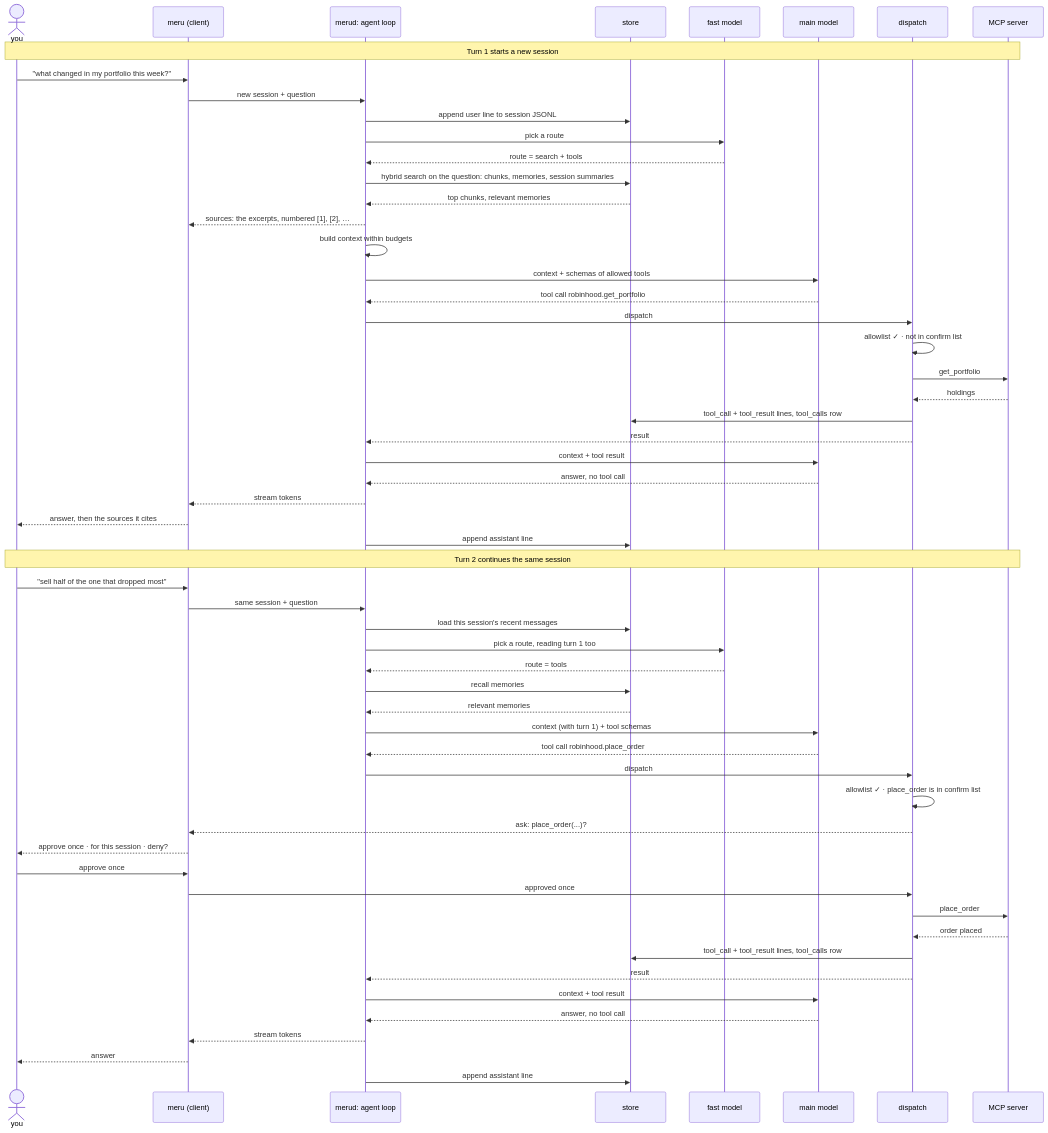
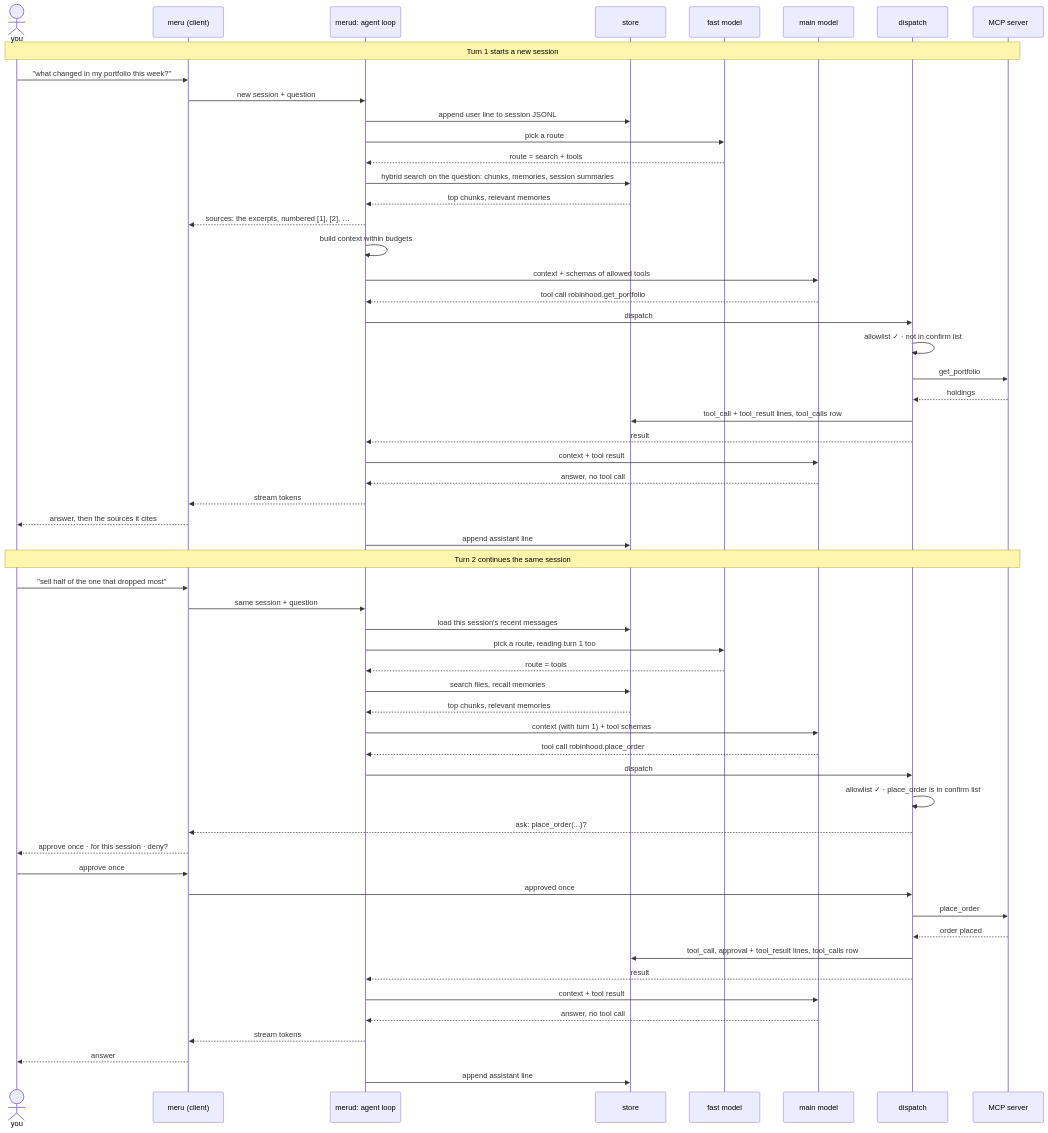
The second of 5 diagrams in ARCHITECTURE.md (aarora79/meru), drawn with Mermaid before and after one commit. The commit also changed other lines of this file and 11 other files, not shown here.

````diff
--- a/ARCHITECTURE.md
+++ b/ARCHITECTURE.md
@@ -244,61 +247,61 @@
 ```mermaid
 sequenceDiagram
     actor U as you
     participant C as meru (client)
     participant L as merud: agent loop
     participant S as store
     participant F as fast model
     participant M as main model
     participant D as dispatch
     participant T as MCP server
 
     Note over U,T: Turn 1 starts a new session
     U->>C: "what changed in my portfolio this week?"
     C->>L: new session + question
     L->>S: append user line to session JSONL
     L->>F: pick a route
     F-->>L: route = search + tools
     L->>S: hybrid search on the question: chunks, memories, session summaries
     S-->>L: top chunks, relevant memories
     L-->>C: sources: the excerpts, numbered [1], [2], …
     L->>L: build context within budgets
     L->>M: context + schemas of allowed tools
     M-->>L: tool call robinhood.get_portfolio
     L->>D: dispatch
     D->>D: allowlist ✓ · not in confirm list
     D->>T: get_portfolio
     T-->>D: holdings
     D->>S: tool_call + tool_result lines, tool_calls row
     D-->>L: result
     L->>M: context + tool result
     M-->>L: answer, no tool call
     L-->>C: stream tokens
     C-->>U: answer, then the sources it cites
     L->>S: append assistant line
 
     Note over U,T: Turn 2 continues the same session
     U->>C: "sell half of the one that dropped most"
     C->>L: same session + question
     L->>S: load this session's recent messages
     L->>F: pick a route, reading turn 1 too
     F-->>L: route = tools
-    L->>S: recall memories
-    S-->>L: relevant memories
+    L->>S: search files, recall memories
+    S-->>L: top chunks, relevant memories
     L->>M: context (with turn 1) + tool schemas
     M-->>L: tool call robinhood.place_order
     L->>D: dispatch
     D->>D: allowlist ✓ · place_order is in confirm list
     D-->>C: ask: place_order(...)?
     C-->>U: approve once · for this session · deny?
     U->>C: approve once
     C->>D: approved once
     D->>T: place_order
     T-->>D: order placed
-    D->>S: tool_call + tool_result lines, tool_calls row
+    D->>S: tool_call, approval + tool_result lines, tool_calls row
     D-->>L: result
     L->>M: context + tool result
     M-->>L: answer, no tool call
     L-->>C: stream tokens
     C-->>U: answer
     L->>S: append assistant line
 ```
````
